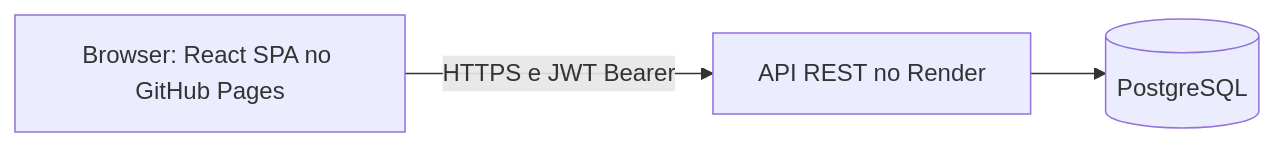
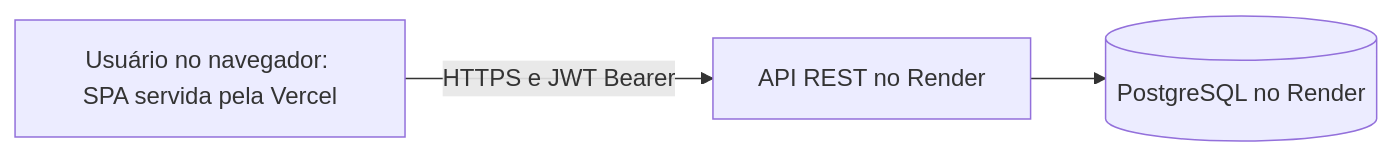
One commit to CarlosEduardoFurlan/GestaoDeClinicas-Frontend-ProjetoFinal-maisPraTi changed the diagram in docs/ARQUITETURA.md. Above: the diagram before and after it, drawn with Mermaid. The commit also changed other lines of this file and 1 other file, not shown here.

Commit message:
docs: define Vercel como frontend principal

````diff
--- a/docs/ARQUITETURA.md
+++ b/docs/ARQUITETURA.md
@@ -7,5 +7,5 @@
 ```mermaid
 flowchart LR
-    Browser[Browser: React SPA no GitHub Pages] -->|HTTPS e JWT Bearer| API[API REST no Render]
-    API --> DB[(PostgreSQL)]
+    Browser[Usuário no navegador: SPA servida pela Vercel] -->|HTTPS e JWT Bearer| API[API REST no Render]
+    API --> DB[(PostgreSQL no Render)]
 ```
````
